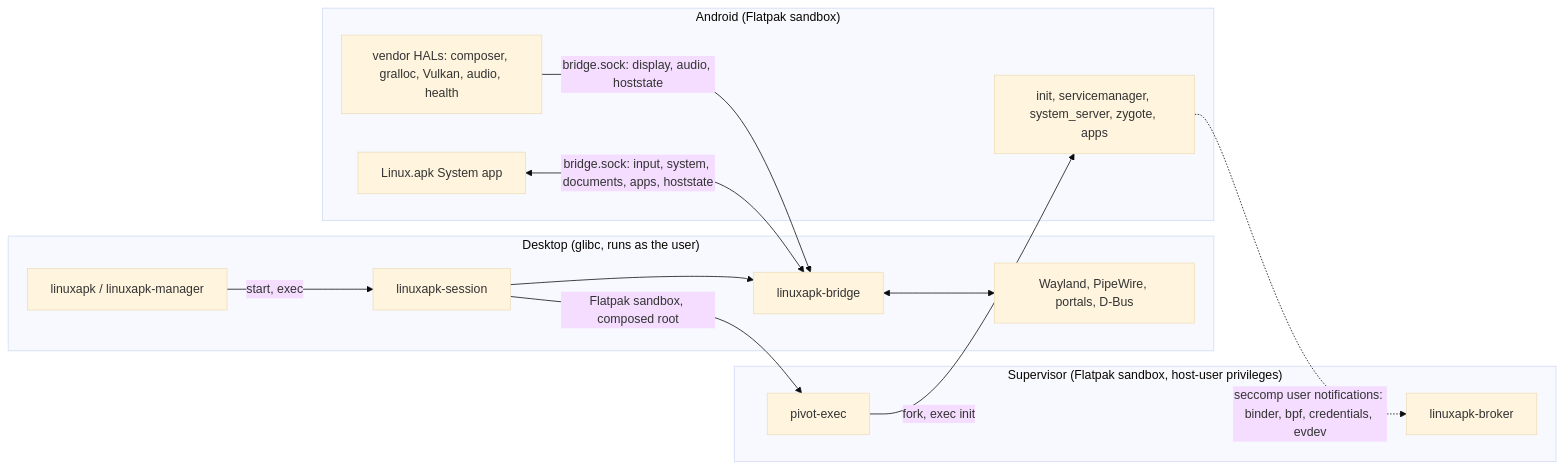
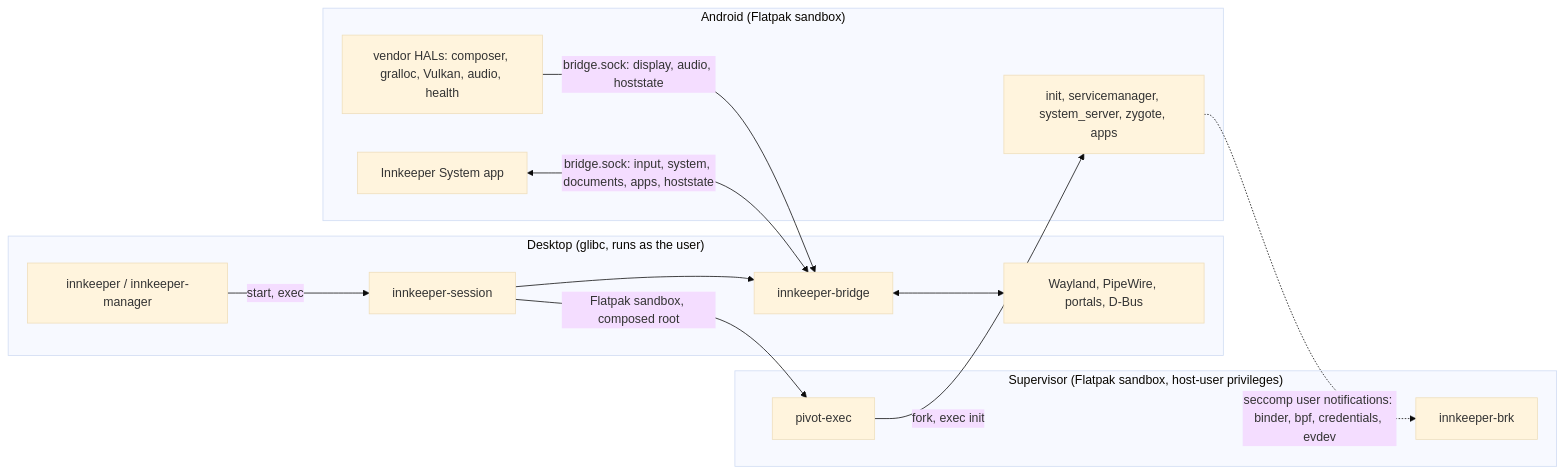
The diagram in docs/architecture.md (sargunv/innkeeper), drawn with Mermaid (base theme) before and after one commit. The commit also changed other lines of this file and 671 other files, not shown here.

First line of the commit message:
rename Linux.apk to Innkeeper

````diff
--- a/docs/architecture.md
+++ b/docs/architecture.md
@@ -9,26 +9,26 @@
 ```mermaid
 flowchart LR
   subgraph desk["Desktop (glibc, runs as the user)"]
-    cli["linuxapk / linuxapk-manager"]
-    launcher["linuxapk-session"]
-    bridge["linuxapk-bridge"]
+    cli["innkeeper / innkeeper-manager"]
+    launcher["innkeeper-session"]
+    bridge["innkeeper-bridge"]
     host["Wayland, PipeWire, portals, D-Bus"]
   end
   subgraph sup["Supervisor (Flatpak sandbox, host-user privileges)"]
     pivot["pivot-exec"]
-    broker["linuxapk-broker"]
+    broker["innkeeper-brk"]
   end
   subgraph droid["Android (Flatpak sandbox)"]
     init["init, servicemanager, system_server, zygote, apps"]
     hal["vendor HALs: composer, gralloc, Vulkan, audio, health"]
-    sysapp["Linux.apk System app"]
+    sysapp["Innkeeper System app"]
   end
   cli -->|"start, exec"| launcher
   launcher -->|"Flatpak sandbox, composed root"| pivot
   launcher --> bridge
   pivot -->|"fork, exec init"| init
   init -. "seccomp user notifications: binder, bpf, credentials, evdev" .-> broker
   hal -->|"bridge.sock: display, audio, hoststate"| bridge
   sysapp <-->|"bridge.sock: input, system, documents, apps, hoststate"| bridge
   bridge <--> host
 ```
````
